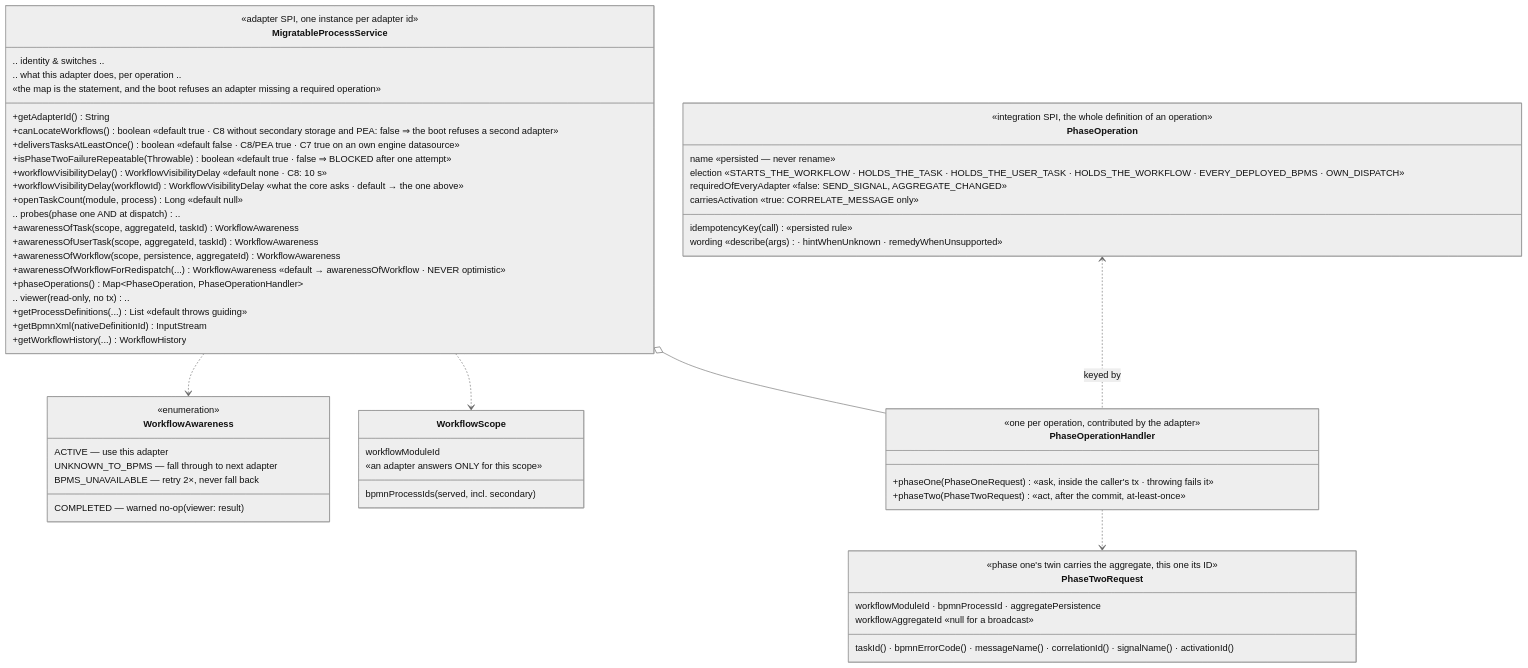
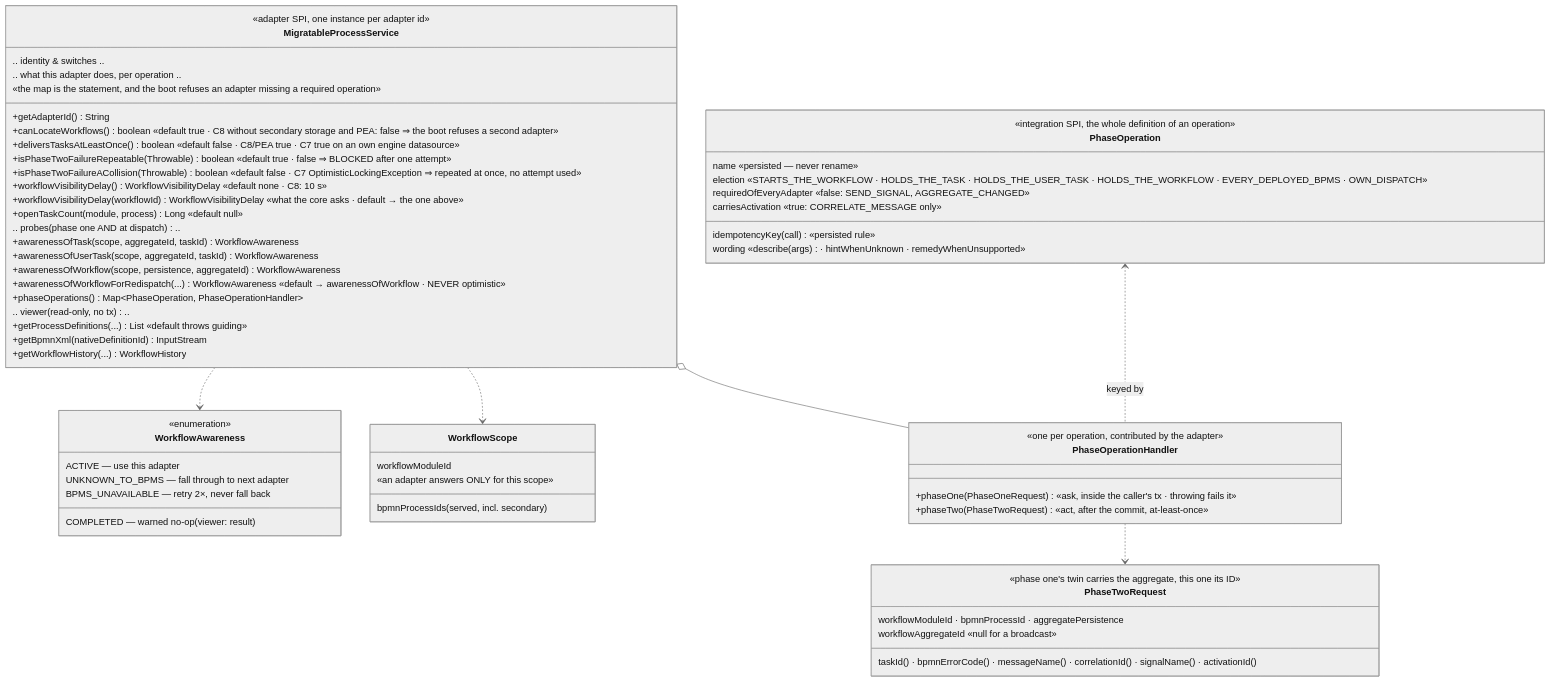
One commit to vanillabp/adapter-platform-integration changed the tenth of 15 diagrams in migration-adapter/README.md. Above: the diagram before and after it, drawn with Mermaid (neutral theme). The commit also changed other lines of this file and 14 other files, not shown here.

````diff
--- a/migration-adapter/README.md
+++ b/migration-adapter/README.md
@@ -2640,63 +2640,64 @@
 ```mermaid
 classDiagram
   class MigratableProcessService {
     <<adapter SPI, one instance per adapter id>>
     +getAdapterId() String
     .. identity & switches ..
     +canLocateWorkflows() boolean  «default true · C8 without secondary storage and PEA: false ⇒ the boot refuses a second adapter»
     +deliversTasksAtLeastOnce() boolean  «default false · C8/PEA true · C7 true on an own engine datasource»
     +isPhaseTwoFailureRepeatable(Throwable) boolean  «default true · false ⇒ BLOCKED after one attempt»
+    +isPhaseTwoFailureACollision(Throwable) boolean  «default false · C7 OptimisticLockingException ⇒ repeated at once, no attempt used»
     +workflowVisibilityDelay() WorkflowVisibilityDelay  «default none · C8: 10 s»
     +workflowVisibilityDelay(workflowId) WorkflowVisibilityDelay  «what the core asks · default → the one above»
     +openTaskCount(module, process) Long  «default null»
     .. probes (phase one AND at dispatch) ..
     +awarenessOfTask(scope, aggregateId, taskId) WorkflowAwareness
     +awarenessOfUserTask(scope, aggregateId, taskId) WorkflowAwareness
     +awarenessOfWorkflow(scope, persistence, aggregateId) WorkflowAwareness
     +awarenessOfWorkflowForRedispatch(...) WorkflowAwareness  «default → awarenessOfWorkflow · NEVER optimistic»
     .. what this adapter does, per operation ..
     +phaseOperations() Map~PhaseOperation, PhaseOperationHandler~
     «the map is the statement, and the boot refuses an adapter missing a required operation»
     .. viewer (read-only, no tx) ..
     +getProcessDefinitions(...) List  «default throws guiding»
     +getBpmnXml(nativeDefinitionId) InputStream
     +getWorkflowHistory(...) WorkflowHistory
   }
   class WorkflowAwareness {
     <<enumeration>>
     ACTIVE — use this adapter
     COMPLETED — warned no-op (viewer: result)
     UNKNOWN_TO_BPMS — fall through to next adapter
     BPMS_UNAVAILABLE — retry 2×, never fall back
   }
   class WorkflowScope {
     workflowModuleId
     bpmnProcessIds (served, incl. secondary)
     «an adapter answers ONLY for this scope»
   }
   class PhaseOperationHandler {
     <<one per operation, contributed by the adapter>>
     +phaseOne(PhaseOneRequest)  «ask, inside the caller's tx · throwing fails it»
     +phaseTwo(PhaseTwoRequest)  «act, after the commit, at-least-once»
   }
   class PhaseOperation {
     <<integration SPI, the whole definition of an operation>>
     name  «persisted — never rename»
     idempotencyKey(call)  «persisted rule»
     election  «STARTS_THE_WORKFLOW · HOLDS_THE_TASK · HOLDS_THE_USER_TASK · HOLDS_THE_WORKFLOW · EVERY_DEPLOYED_BPMS · OWN_DISPATCH»
     requiredOfEveryAdapter  «false: SEND_SIGNAL, AGGREGATE_CHANGED»
     carriesActivation  «true: CORRELATE_MESSAGE only»
     wording  «describe(args) · hintWhenUnknown · remedyWhenUnsupported»
   }
   class PhaseTwoRequest {
     <<phase one's twin carries the aggregate, this one its ID>>
     workflowModuleId · bpmnProcessId · aggregatePersistence
     workflowAggregateId  «null for a broadcast»
     taskId() · bpmnErrorCode() · messageName() · correlationId() · signalName() · activationId()
   }
   MigratableProcessService ..> WorkflowAwareness
   MigratableProcessService ..> WorkflowScope
   MigratableProcessService o-- PhaseOperationHandler
   PhaseOperationHandler ..> PhaseTwoRequest
   PhaseOperation <.. PhaseOperationHandler : keyed by
 ```
````
